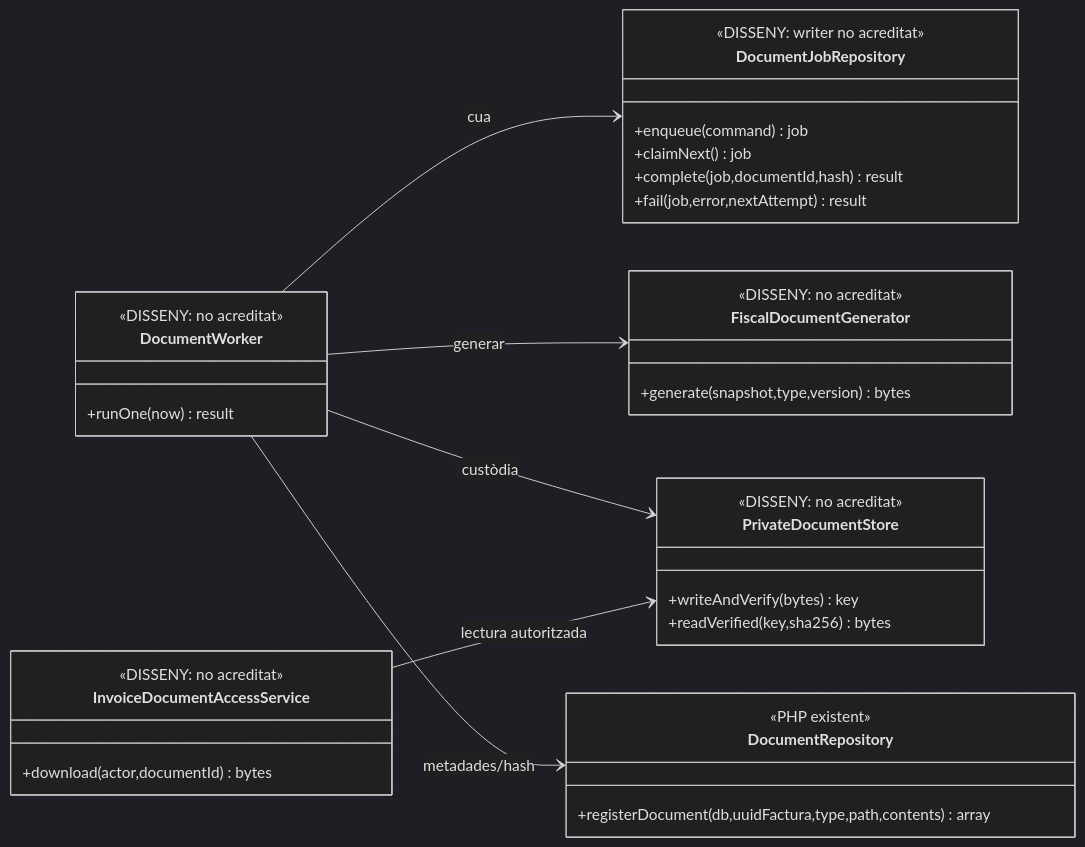
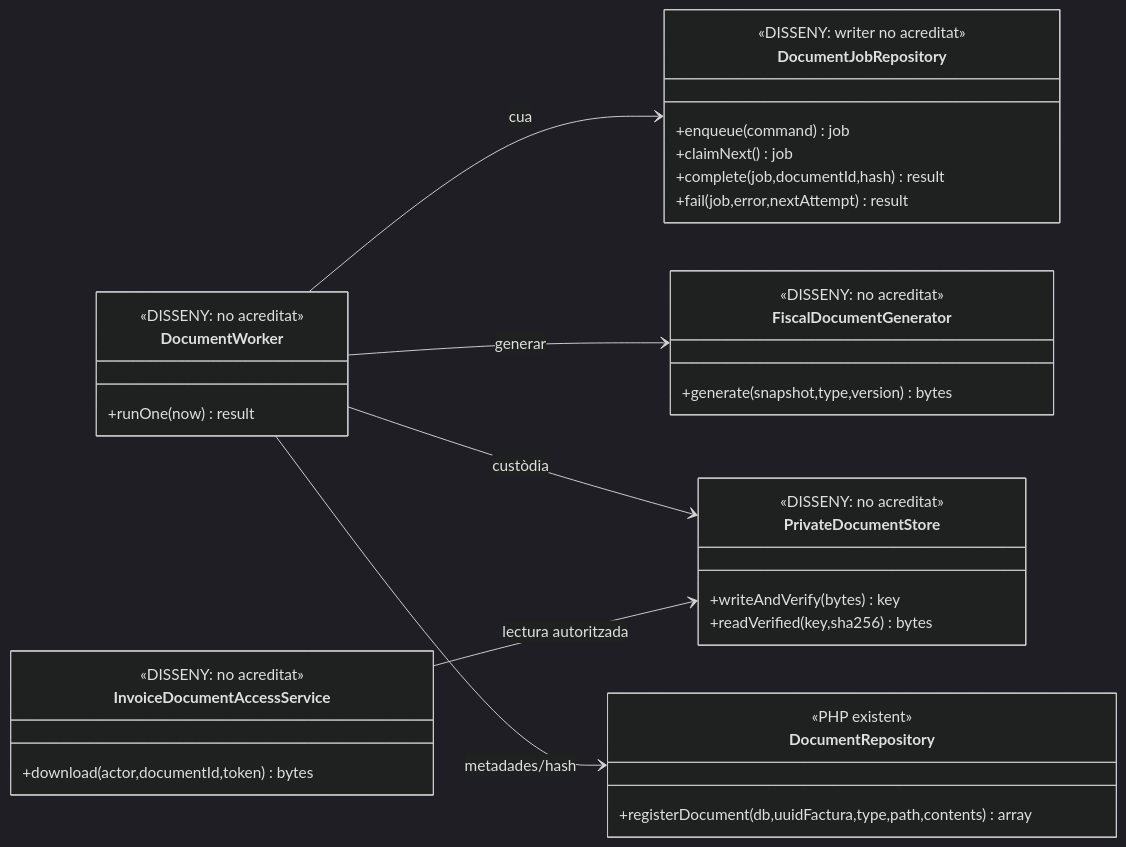
The second of 10 diagrams in documentacio/07-uml-integrat/uc-055-custodiar-reintentar-documents.md (orgmeriemprismacat-del/verifactu), drawn with Mermaid (dark theme) before and after one commit. The commit also changed other lines of this file, not shown here.

Commit message:
docs(uml): unificar el contracte de consulta documental entre UC-55 UC-80 i el model transversal

````diff
--- a/documentacio/07-uml-integrat/uc-055-custodiar-reintentar-documents.md
+++ b/documentacio/07-uml-integrat/uc-055-custodiar-reintentar-documents.md
@@ -90,37 +90,37 @@
 ```mermaid
 classDiagram
 direction LR
 class DocumentRepository {
  <<PHP existent>>
  +registerDocument(db,uuidFactura,type,path,contents) array
 }
 class DocumentJobRepository {
  <<DISSENY: writer no acreditat>>
  +enqueue(command) job
  +claimNext() job
  +complete(job,documentId,hash) result
  +fail(job,error,nextAttempt) result
 }
 class FiscalDocumentGenerator {
  <<DISSENY: no acreditat>>
  +generate(snapshot,type,version) bytes
 }
 class PrivateDocumentStore {
  <<DISSENY: no acreditat>>
  +writeAndVerify(bytes) key
  +readVerified(key,sha256) bytes
 }
 class DocumentWorker {
  <<DISSENY: no acreditat>>
  +runOne(now) result
 }
 class InvoiceDocumentAccessService {
  <<DISSENY: no acreditat>>
- +download(actor,documentId) bytes
+ +download(actor,documentId,token) bytes
 }
 DocumentWorker --> DocumentJobRepository : cua
 DocumentWorker --> FiscalDocumentGenerator : generar
 DocumentWorker --> PrivateDocumentStore : custòdia
 DocumentWorker --> DocumentRepository : metadades/hash
 InvoiceDocumentAccessService --> PrivateDocumentStore : lectura autoritzada
 ```
````
